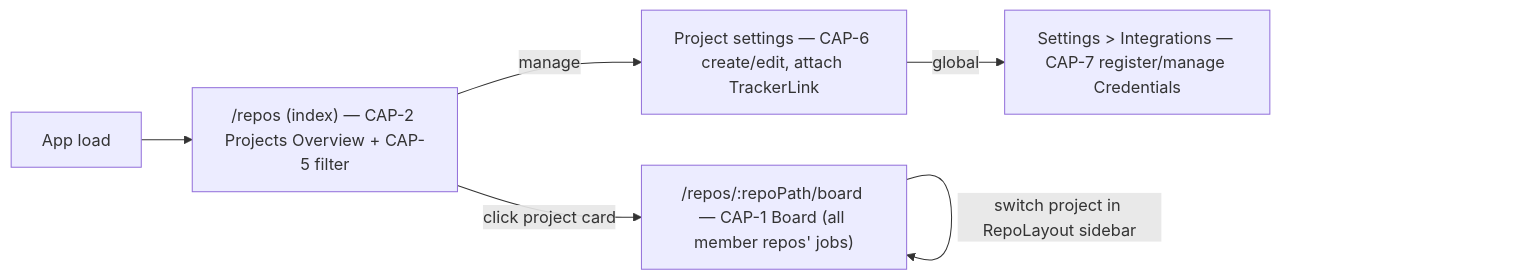
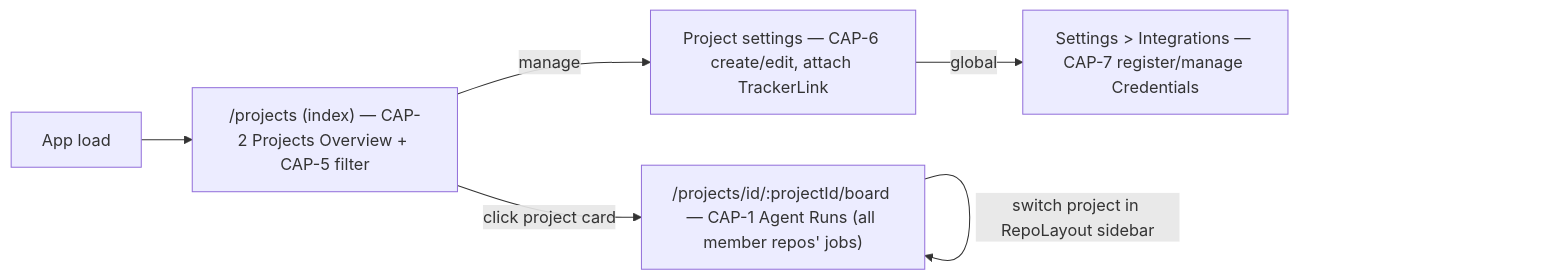
One commit to dfinson/agent-tower changed the diagram in _bmad-output/specs/spec-project-boards/ui-flows.md. Above: the diagram before and after it, drawn with Mermaid. The commit also changed other lines of this file and 117 other files, not shown here.

First line of the commit message:
feat: implement project-first boards and session flows (#83)

````diff
--- a/_bmad-output/specs/spec-project-boards/ui-flows.md
+++ b/_bmad-output/specs/spec-project-boards/ui-flows.md
@@ -7,8 +11,8 @@
 ```mermaid
 flowchart LR
-    A[App load] --> C["/repos (index) — CAP-2 Projects Overview + CAP-5 filter"]
-    C -- click project card --> D["/repos/:repoPath/board — CAP-1 Board (all member repos' jobs)"]
+    A[App load] --> C["/projects (index) — CAP-2 Projects Overview + CAP-5 filter"]
+    C -- click project card --> D["/projects/id/:projectId/board — CAP-1 Agent Runs (all member repos' jobs)"]
     C -- manage --> E["Project settings — CAP-6 create/edit, attach TrackerLink"]
     E -- global --> F["Settings > Integrations — CAP-7 register/manage Credentials"]
     D -- switch project in RepoLayout sidebar --> D
 ```
````
